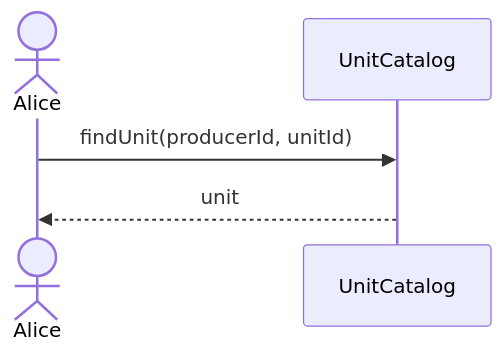
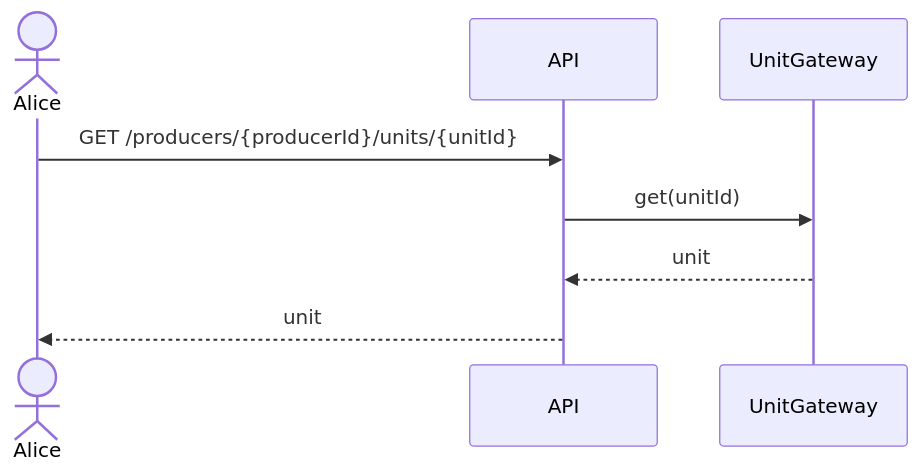
Before and after one commit to hivetown/planning: diagram 26 of 32 in sequence.md, drawn with Mermaid. The commit also changed other lines of this file, not shown here.

Commit message:
diagramas de sequência

````diff
--- a/sequence.md
+++ b/sequence.md
@@ -871,8 +882,13 @@
 ```mermaid
 sequenceDiagram
     actor A as Alice
-    participant UC as UnitCatalog
+    participant API as API
+    participant UG as UnitGateway
 
-    A ->> UC: findUnit(producerId, unitId)
-    UC -->> A: unit
+    A ->> API: GET /producers/{producerId}/units/{unitId}
+
+    API ->> UG: get(unitId)
+    UG -->> API: unit
+
+    API -->> A: unit
 ```
````
